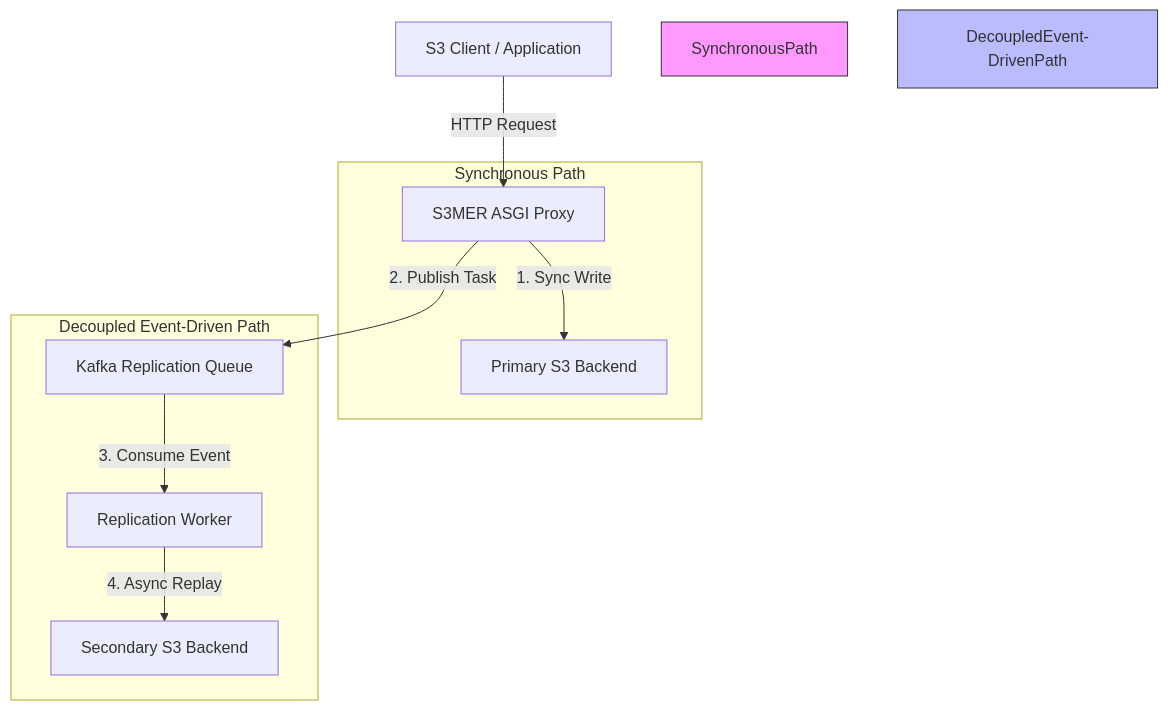
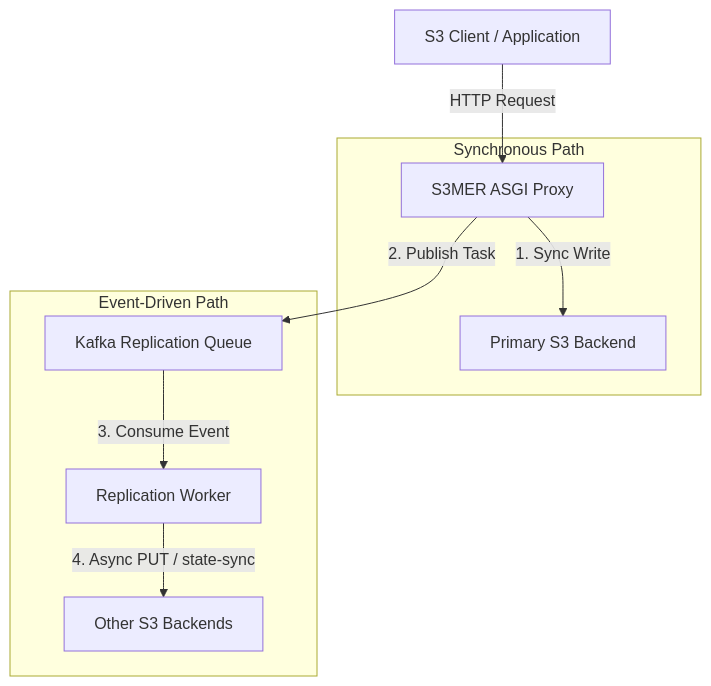
One commit to vargg/s3mer changed the diagram in README.md. Above: the diagram before and after it, drawn with Mermaid. The commit also changed other lines of this file and 2 other files, not shown here.

Commit message:
docs: update TODO.md with detailed roadmap, deployment model, and operational priorities for S3MER

````diff
--- a/README.md
+++ b/README.md
@@ -24,20 +41,17 @@
 ```mermaid
 graph TD
     Client[S3 Client / Application] -->|HTTP Request| Proxy[S3MER ASGI Proxy]
     Proxy -->|1. Sync Write| Primary[Primary S3 Backend]
 
     subgraph Synchronous Path
         Proxy
         Primary
     end
 
     Proxy -->|2. Publish Task| Kafka[Kafka Replication Queue]
 
-    subgraph Decoupled Event-Driven Path
+    subgraph Event-Driven Path
         Kafka -->|3. Consume Event| Worker[Replication Worker]
-        Worker -->|4. Async Replay| Secondary[Secondary S3 Backend]
+        Worker -->|4. Async PUT / state-sync| Secondary[Other S3 Backends]
     end
-
-    style SynchronousPath fill:#f9f,stroke:#333,stroke-width:1px
-    style DecoupledEvent-DrivenPath fill:#bbf,stroke:#333,stroke-width:1px
 ```
````
